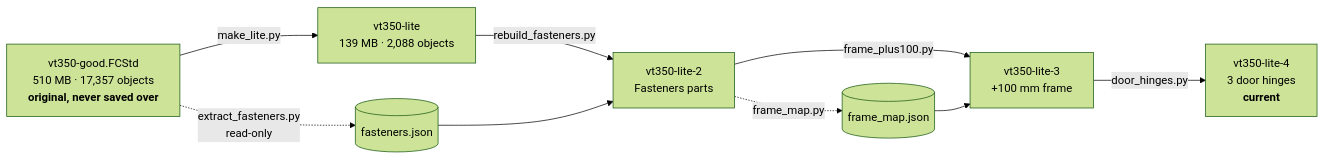
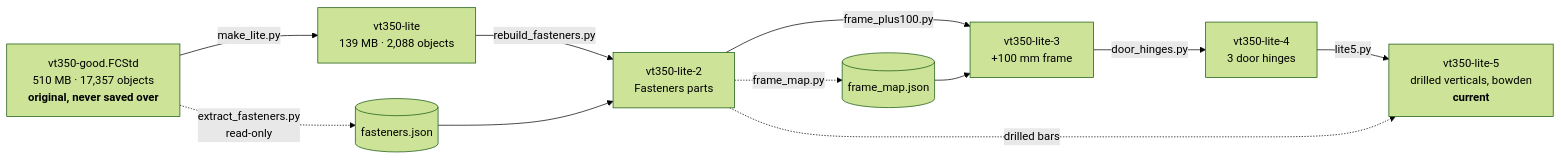
One commit to dvystrcil/vt350 changed the diagram in cad/README.md. Above: the diagram before and after it, drawn with Mermaid (forest theme). The commit also changed other lines of this file and 4 other files, not shown here.

First line of the commit message:
CAD lite-5: drilled verticals restored, INDX removed, corner screws follow holes, bowden tubes (#20)

````diff
--- a/cad/README.md
+++ b/cad/README.md
@@ -10,16 +10,19 @@
 ```mermaid
 flowchart LR
     G["vt350-good.FCStd<br/>510 MB · 17,357 objects<br/><b>original, never saved over</b>"]
     L1["vt350-lite<br/>139 MB · 2,088 objects"]
     L2["vt350-lite-2<br/>Fasteners parts"]
     L3["vt350-lite-3<br/>+100 mm frame"]
-    L4["vt350-lite-4<br/>3 door hinges<br/><b>current</b>"]
+    L4["vt350-lite-4<br/>3 door hinges"]
+    L5["vt350-lite-5<br/>drilled verticals, bowden<br/><b>current</b>"]
     G -->|make_lite.py| L1
     G -.->|extract_fasteners.py<br/>read-only| J[(fasteners.json)]
     L1 -->|rebuild_fasteners.py| L2
     J --> L2
     L2 -.->|frame_map.py| M[(frame_map.json)]
     L2 -->|frame_plus100.py| L3
     M --> L3
     L3 -->|door_hinges.py| L4
+    L4 -->|lite5.py| L5
+    L2 -.->|drilled bars| L5
 ```
````
